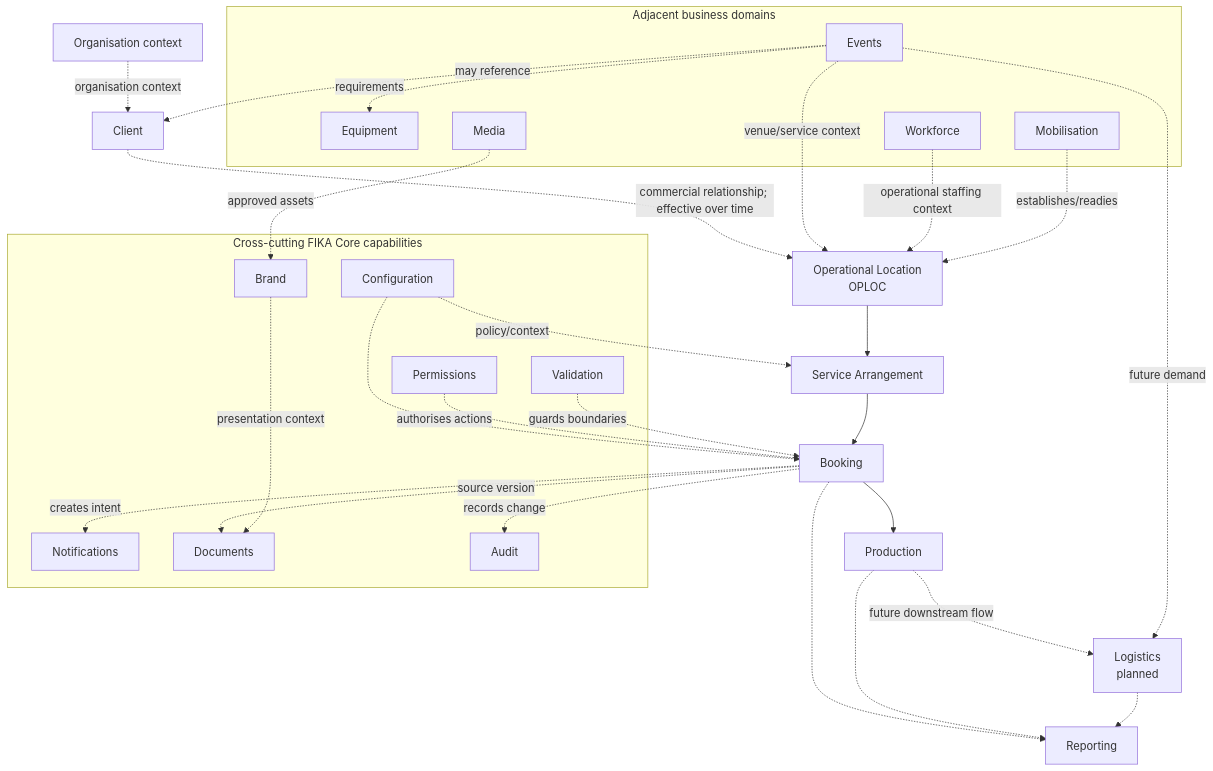
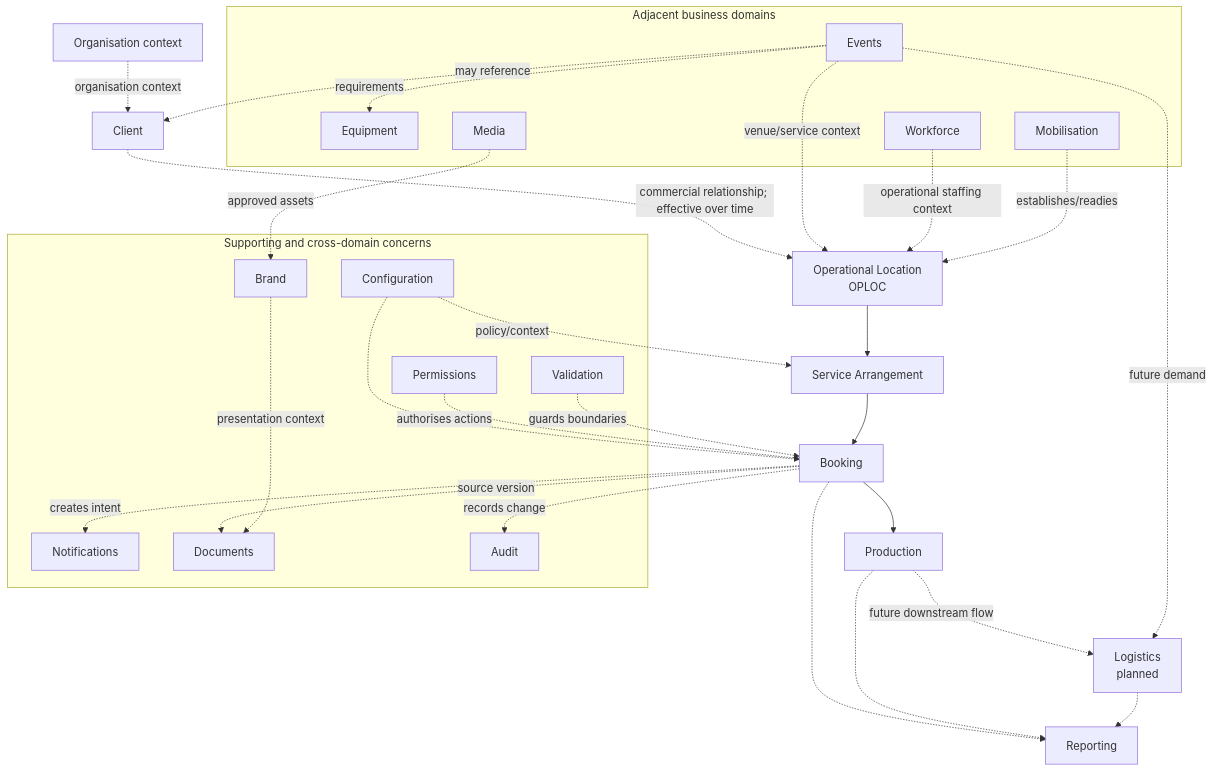
The first of 2 diagrams in docs/platform-domain-map.md (derekfika/fika-os), drawn with Mermaid before and after one commit. The commit also changed other lines of this file and 13 other files, not shown here.

Commit message:
docs(architecture): define domain event contract

````diff
--- a/docs/platform-domain-map.md
+++ b/docs/platform-domain-map.md
@@ -62,55 +62,55 @@
 ```mermaid
 flowchart TB
   ORG["Organisation context"]
   CLIENT["Client"]
   LOC["Operational Location\nOPLOC"]
   SERVICE["Service Arrangement"]
   BOOKING["Booking"]
   PROD["Production"]
   LOG["Logistics\nplanned"]
   REPORT["Reporting"]
 
   ORG -. "organisation context" .-> CLIENT
   CLIENT -. "commercial relationship; effective over time" .-> LOC
   LOC --> SERVICE
   SERVICE --> BOOKING
   BOOKING --> PROD
   PROD -. "future downstream flow" .-> LOG
   BOOKING -.-> REPORT
   PROD -.-> REPORT
   LOG -.-> REPORT
 
-  subgraph CROSS["Cross-cutting FIKA Core capabilities"]
+  subgraph CROSS["Supporting and cross-domain concerns"]
     BRAND["Brand"]
     CONFIG["Configuration"]
     PERM["Permissions"]
     VALID["Validation"]
     NOTIFY["Notifications"]
     DOCS["Documents"]
     AUDIT["Audit"]
   end
 
   subgraph ADJ["Adjacent business domains"]
     EVENTS["Events"]
     EQUIP["Equipment"]
     MEDIA["Media"]
     WORK["Workforce"]
     MOB["Mobilisation"]
   end
 
   CONFIG -. "policy/context" .-> SERVICE
   CONFIG -.-> BOOKING
   PERM -. "authorises actions" .-> BOOKING
   VALID -. "guards boundaries" .-> BOOKING
   BOOKING -. "creates intent" .-> NOTIFY
   BOOKING -. "source version" .-> DOCS
   BOOKING -. "records change" .-> AUDIT
   BRAND -. "presentation context" .-> DOCS
   MEDIA -. "approved assets" .-> BRAND
   EVENTS -. "may reference" .-> CLIENT
   EVENTS -. "venue/service context" .-> LOC
   EVENTS -. "requirements" .-> EQUIP
   EVENTS -. "future demand" .-> LOG
   WORK -. "operational staffing context" .-> LOC
   MOB -. "establishes/readies" .-> LOC
 ```
````
